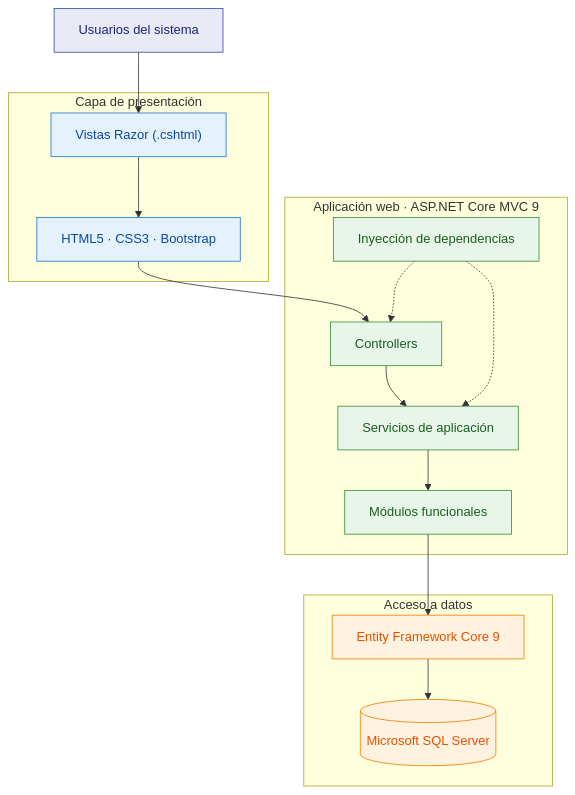
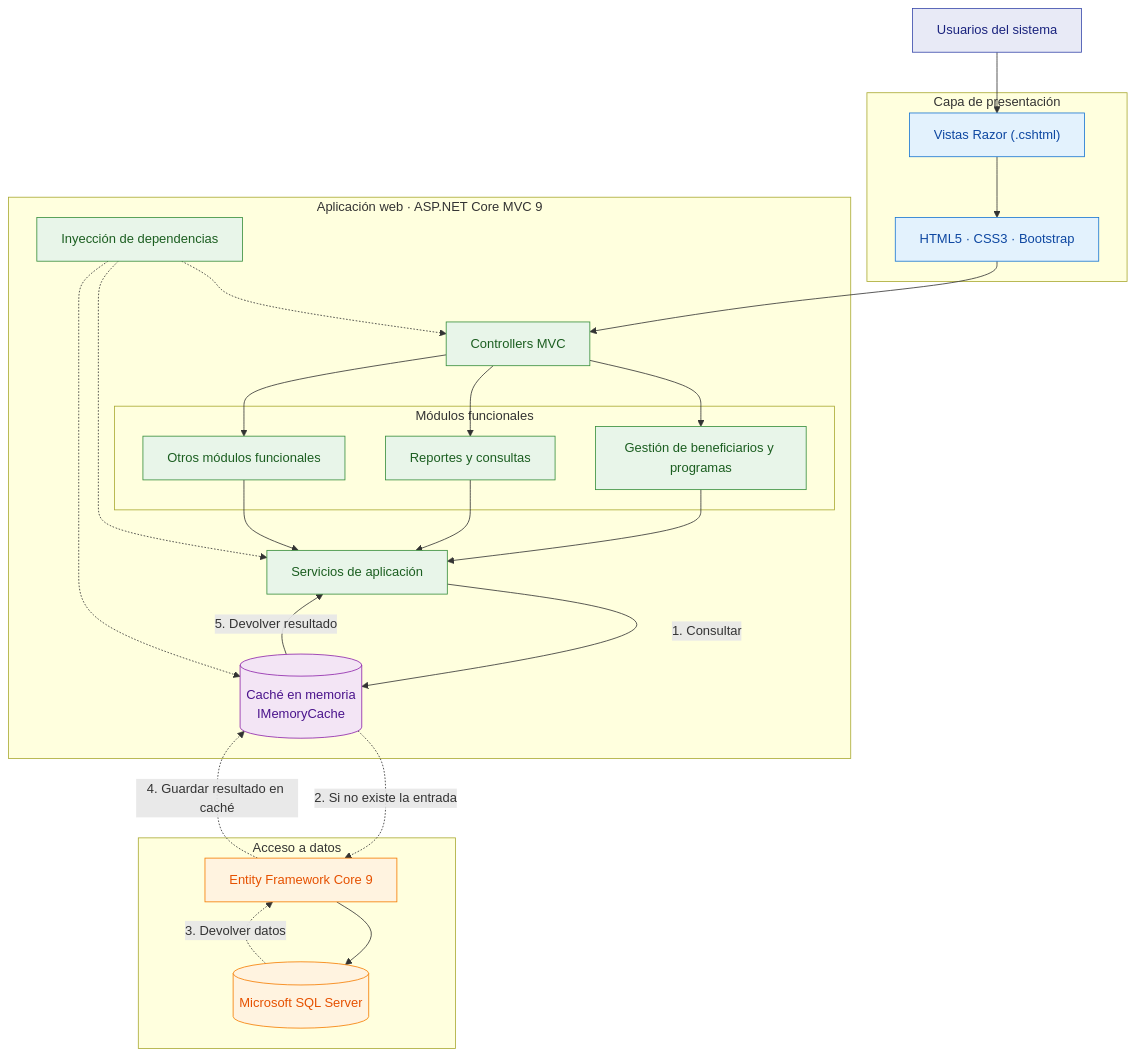
One commit to Yey-Cardenas/Programas-Sociales changed the diagram in arquitectura/enfoque-arquitectonico.md. Above: the diagram before and after it, drawn with Mermaid. The commit also changed other lines of this file and 4 other files, not shown here.

````diff
--- a/arquitectura/enfoque-arquitectonico.md
+++ b/arquitectura/enfoque-arquitectonico.md
@@ -22,41 +22,62 @@
 ```mermaid
 flowchart TB
     U["Usuarios del sistema"]
 
     subgraph CLIENTE["Capa de presentación"]
         V["Vistas Razor (.cshtml)"]
         B["HTML5 · CSS3 · Bootstrap"]
     end
 
     subgraph APLICACION["Aplicación web · ASP.NET Core MVC 9"]
-        C["Controllers"]
+        C["Controllers MVC"]
+
+        subgraph MODULOS["Módulos funcionales"]
+            M["Gestión de beneficiarios y programas"]
+            R["Reportes y consultas"]
+            O["Otros módulos funcionales"]
+        end
+
         S["Servicios de aplicación"]
-        M["Módulos funcionales"]
+        CACHE[("Caché en memoria<br/>IMemoryCache")]
         DI["Inyección de dependencias"]
     end
 
     subgraph DATOS["Acceso a datos"]
         EF["Entity Framework Core 9"]
         DB[("Microsoft SQL Server")]
     end
 
     U --> V
     V --> B
     B --> C
-    C --> S
-    S --> M
+    C --> M
+    C --> R
+    C --> O
+
+    M --> S
+    R --> S
+    O --> S
+
+    S -->|"1. Consultar"| CACHE
+    CACHE -.->|"2. Si no existe la entrada"| EF
+    EF --> DB
+    DB -.->|"3. Devolver datos"| EF
+    EF -.->|"4. Guardar resultado en caché"| CACHE
+    CACHE -->|"5. Devolver resultado"| S
+
     DI -.-> C
     DI -.-> S
-    M --> EF
-    EF --> DB
+    DI -.-> CACHE
 
     classDef usuario fill:#E8EAF6,stroke:#3949AB,color:#1A237E
     classDef presentacion fill:#E3F2FD,stroke:#1976D2,color:#0D47A1
     classDef aplicacion fill:#E8F5E9,stroke:#388E3C,color:#1B5E20
+    classDef cache fill:#F3E5F5,stroke:#8E24AA,color:#4A148C
     classDef datos fill:#FFF3E0,stroke:#F57C00,color:#E65100
 
     class U usuario
     class V,B presentacion
-    class C,S,M,DI aplicacion
+    class C,M,R,O,S,DI aplicacion
+    class CACHE cache
     class EF,DB datos
 ```
````
